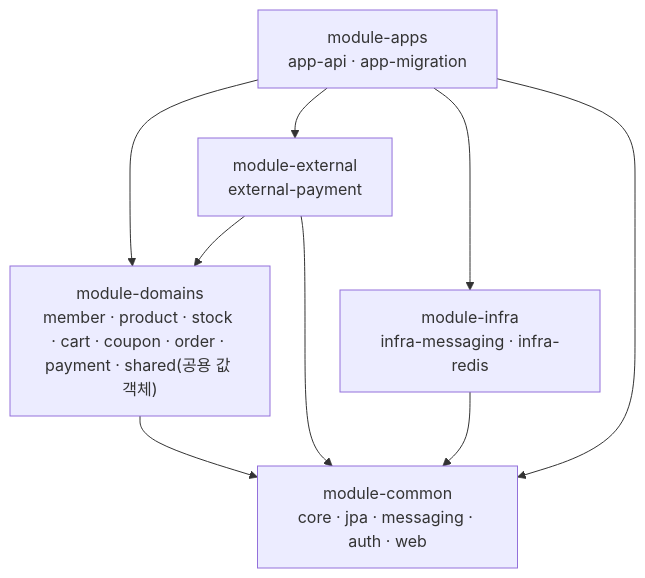
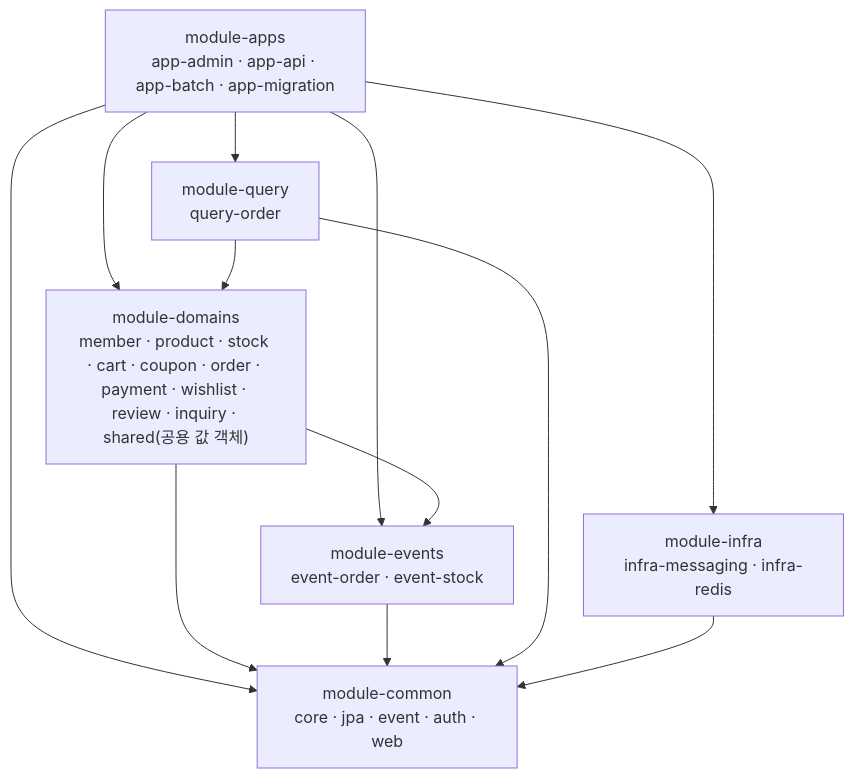
One commit to sangjaeoh/spring-boot-commerce changed the diagram in README.md. Above: the diagram before and after it, drawn with Mermaid. The commit also changed other lines of this file, not shown here.

Commit message:
docs: README 모듈 그래프·레포 설명 현행화

````diff
--- a/README.md
+++ b/README.md
@@ -17,16 +17,20 @@
 ```mermaid
 graph TD
-    apps["module-apps<br/>app-api · app-migration"]
-    domains["module-domains<br/>member · product · stock · cart · coupon · order · payment · shared(공용 값 객체)"]
-    external["module-external<br/>external-payment"]
+    apps["module-apps<br/>app-admin · app-api · app-batch · app-migration"]
+    domains["module-domains<br/>member · product · stock · cart · coupon · order · payment · wishlist · review · inquiry · shared(공용 값 객체)"]
+    events["module-events<br/>event-order · event-stock"]
+    query["module-query<br/>query-order"]
     infra["module-infra<br/>infra-messaging · infra-redis"]
-    common["module-common<br/>core · jpa · messaging · auth · web"]
+    common["module-common<br/>core · jpa · event · auth · web"]
     apps --> domains
-    apps --> external
+    apps --> events
+    apps --> query
     apps --> infra
     apps --> common
-    external --> domains
-    external --> common
+    domains --> events
     domains --> common
+    events --> common
+    query --> domains
+    query --> common
     infra --> common
 ```
````
